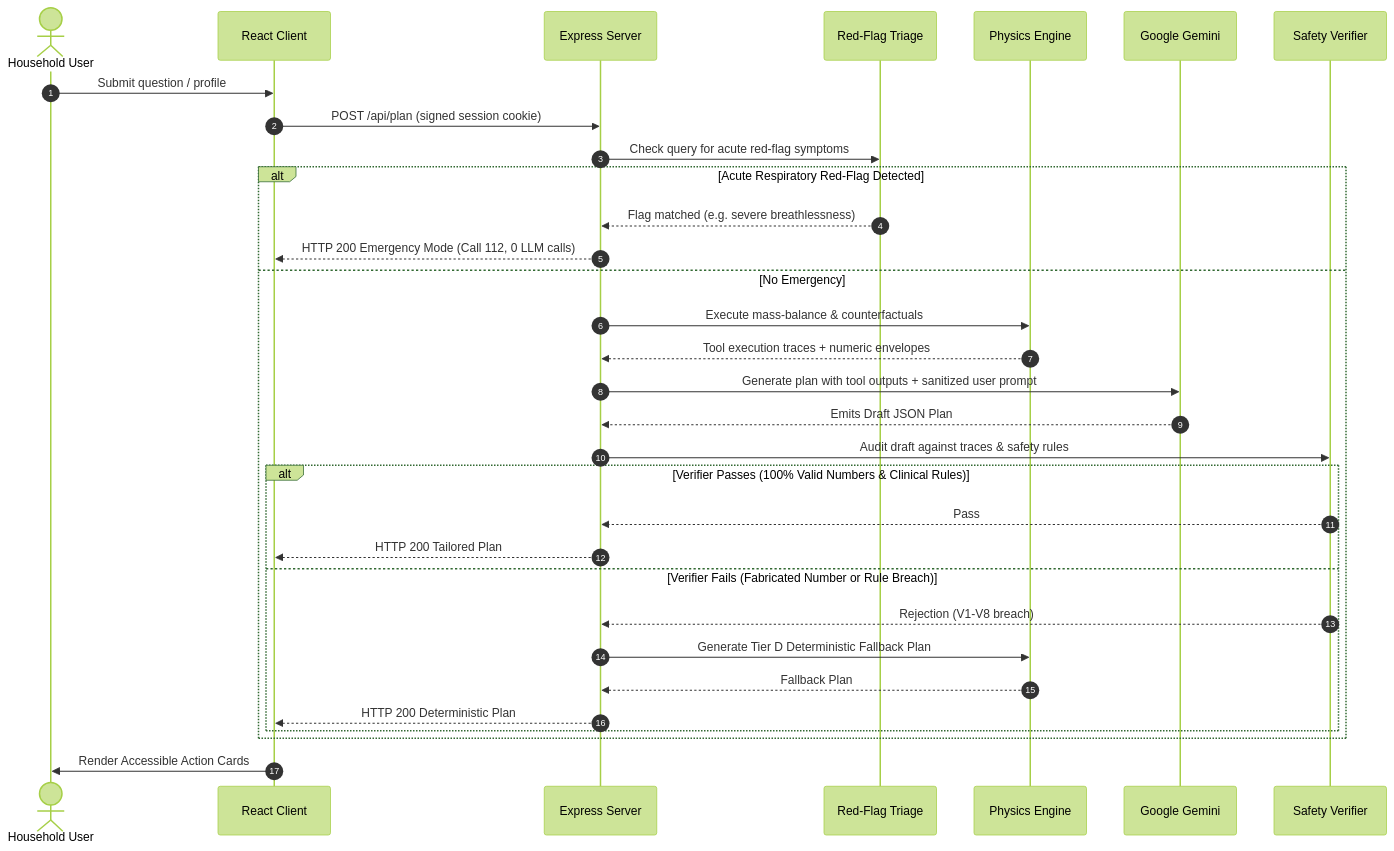
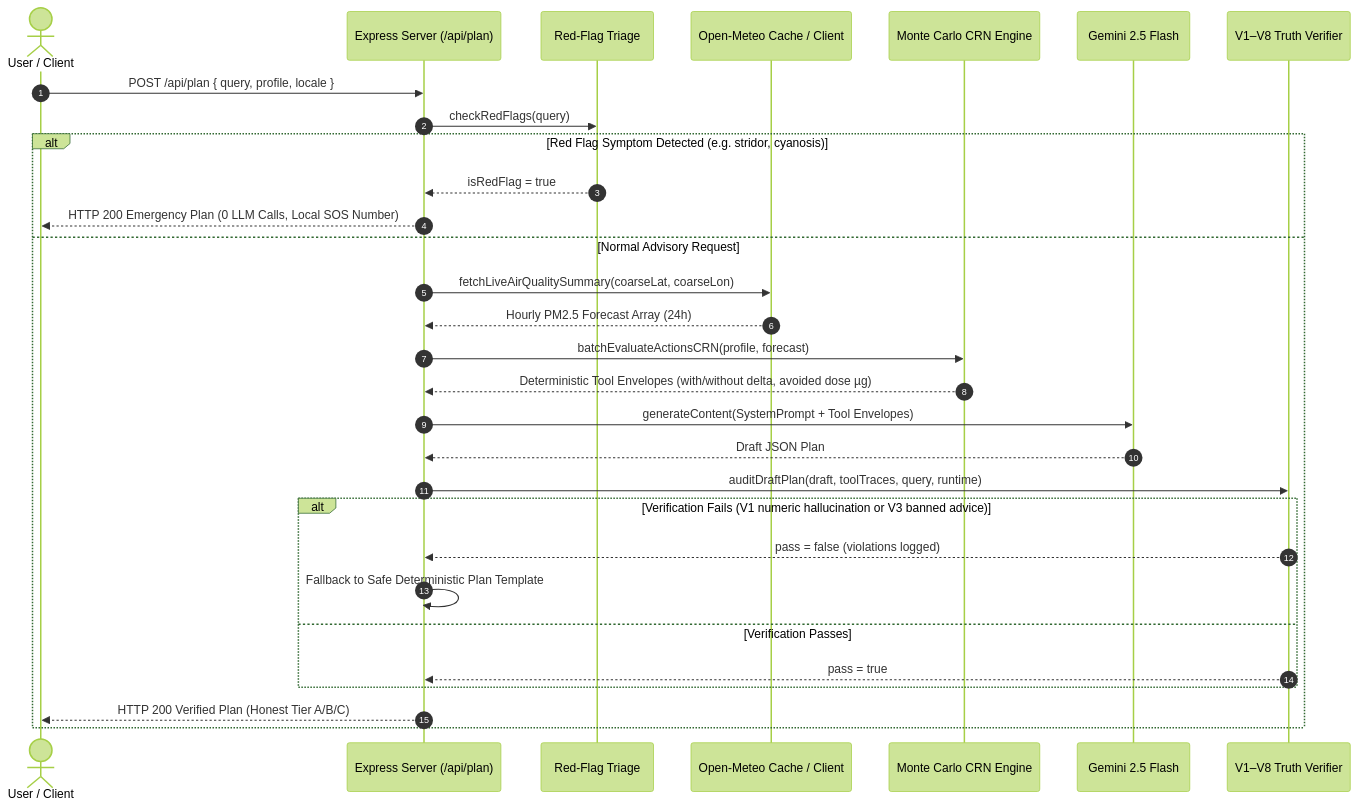
One commit to ramakrishnanyadav/NIRVAAT changed the third of 3 diagrams in docs/ARCHITECTURE.md. Above: the diagram before and after it, drawn with Mermaid (forest theme). The commit also changed other lines of this file and 3 other files, not shown here.

Commit message:
docs: establish ground truth baseline, C4 architecture, threat model, design review, and backlog

````diff
--- a/docs/ARCHITECTURE.md
+++ b/docs/ARCHITECTURE.md
@@ -130,35 +69,33 @@
 ```mermaid
 sequenceDiagram
-    autonumber
-    actor User as Household User
-    participant Frontend as React Client
-    participant Express as Express Server
-    participant Triage as Red-Flag Triage
-    participant Engines as Physics Engine
-    participant LLM as Google Gemini
-    participant Verifier as Safety Verifier
+  autonumber
+  actor User as User / Client
+  participant Server as Express Server (/api/plan)
+  participant Triage as Red-Flag Triage
+  participant AQ as Open-Meteo Cache / Client
+  participant Physics as Monte Carlo CRN Engine
+  participant LLM as Gemini 2.5 Flash
+  participant Verifier as V1–V8 Truth Verifier
 
-    User->>Frontend: Submit question / profile
-    Frontend->>Express: POST /api/plan (signed session cookie)
-    Express->>Triage: Check query for acute red-flag symptoms
-    alt Acute Respiratory Red-Flag Detected
-        Triage-->>Express: Flag matched (e.g. severe breathlessness)
-        Express-->>Frontend: HTTP 200 Emergency Mode (Call 112, 0 LLM calls)
-    else No Emergency
-        Express->>Engines: Execute mass-balance & counterfactuals
-        Engines-->>Express: Tool execution traces + numeric envelopes
-        Express->>LLM: Generate plan with tool outputs + sanitized user prompt
-        LLM-->>Express: Emits Draft JSON Plan
-        Express->>Verifier: Audit draft against traces & safety rules
-        alt Verifier Passes (100% Valid Numbers & Clinical Rules)
-            Verifier-->>Express: Pass
-            Express-->>Frontend: HTTP 200 Tailored Plan
-        else Verifier Fails (Fabricated Number or Rule Breach)
-            Verifier-->>Express: Rejection (V1-V8 breach)
-            Express->>Engines: Generate Tier D Deterministic Fallback Plan
-            Engines-->>Express: Fallback Plan
-            Express-->>Frontend: HTTP 200 Deterministic Plan
-        end
+  User->>Server: POST /api/plan { query, profile, locale }
+  Server->>Triage: checkRedFlags(query)
+  alt Red Flag Symptom Detected (e.g. stridor, cyanosis)
+    Triage-->>Server: isRedFlag = true
+    Server-->>User: HTTP 200 Emergency Plan (0 LLM Calls, Local SOS Number)
+  else Normal Advisory Request
+    Server->>AQ: fetchLiveAirQualitySummary(coarseLat, coarseLon)
+    AQ-->>Server: Hourly PM2.5 Forecast Array (24h)
+    Server->>Physics: batchEvaluateActionsCRN(profile, forecast)
+    Physics-->>Server: Deterministic Tool Envelopes (with/without delta, avoided dose µg)
+    Server->>LLM: generateContent(SystemPrompt + Tool Envelopes)
+    LLM-->>Server: Draft JSON Plan
+    Server->>Verifier: auditDraftPlan(draft, toolTraces, query, runtime)
+    alt Verification Fails (V1 numeric hallucination or V3 banned advice)
+      Verifier-->>Server: pass = false (violations logged)
+      Server->>Server: Fallback to Safe Deterministic Plan Template
+    else Verification Passes
+      Verifier-->>Server: pass = true
     end
-    Frontend->>User: Render Accessible Action Cards
+    Server-->>User: HTTP 200 Verified Plan (Honest Tier A/B/C)
+  end
 ```
````
